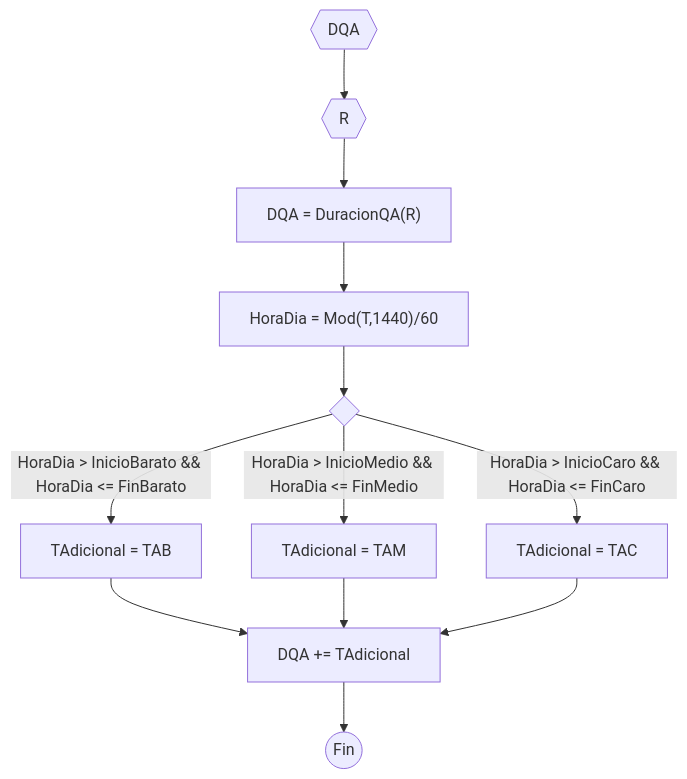
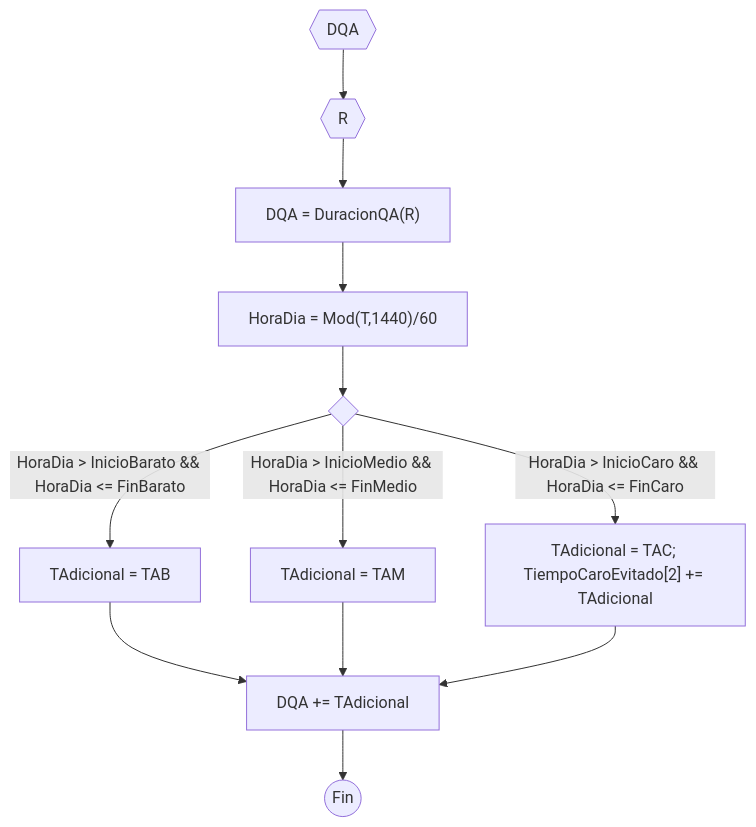
The diagram in docs/Diagramas/qa/DQA.mermaid (JuanManuelPrividera/TP-Simu), drawn with Mermaid before and after one commit. The commit also changed 12 other files, not shown here.

```diff
--- a/docs/Diagramas/qa/DQA.mermaid
+++ b/docs/Diagramas/qa/DQA.mermaid
@@ -1,12 +1,12 @@
 flowchart TD
     aa{{DQA}} --> a{{R}}
     a --> a1["DQA = DuracionQA(R)"]
     a1 --> a4["HoraDia = Mod(T,1440)/60"]
     a4 --> a2{" "}
     a2 --> |"HoraDia > InicioBarato && HoraDia <= FinBarato"| b[TAdicional = TAB]
     a2 --> |"HoraDia > InicioMedio && HoraDia <= FinMedio"| b1[TAdicional = TAM]
-    a2 --> |"HoraDia > InicioCaro && HoraDia <= FinCaro"| b2[TAdicional = TAC]
+    a2 --> |"HoraDia > InicioCaro && HoraDia <= FinCaro"| b2["TAdicional = TAC; TiempoCaroEvitado[2] += TAdicional"]
     b --> c
     b1 --> c
     b2 --> c[DQA += TAdicional]
     c --> d((Fin))
```
